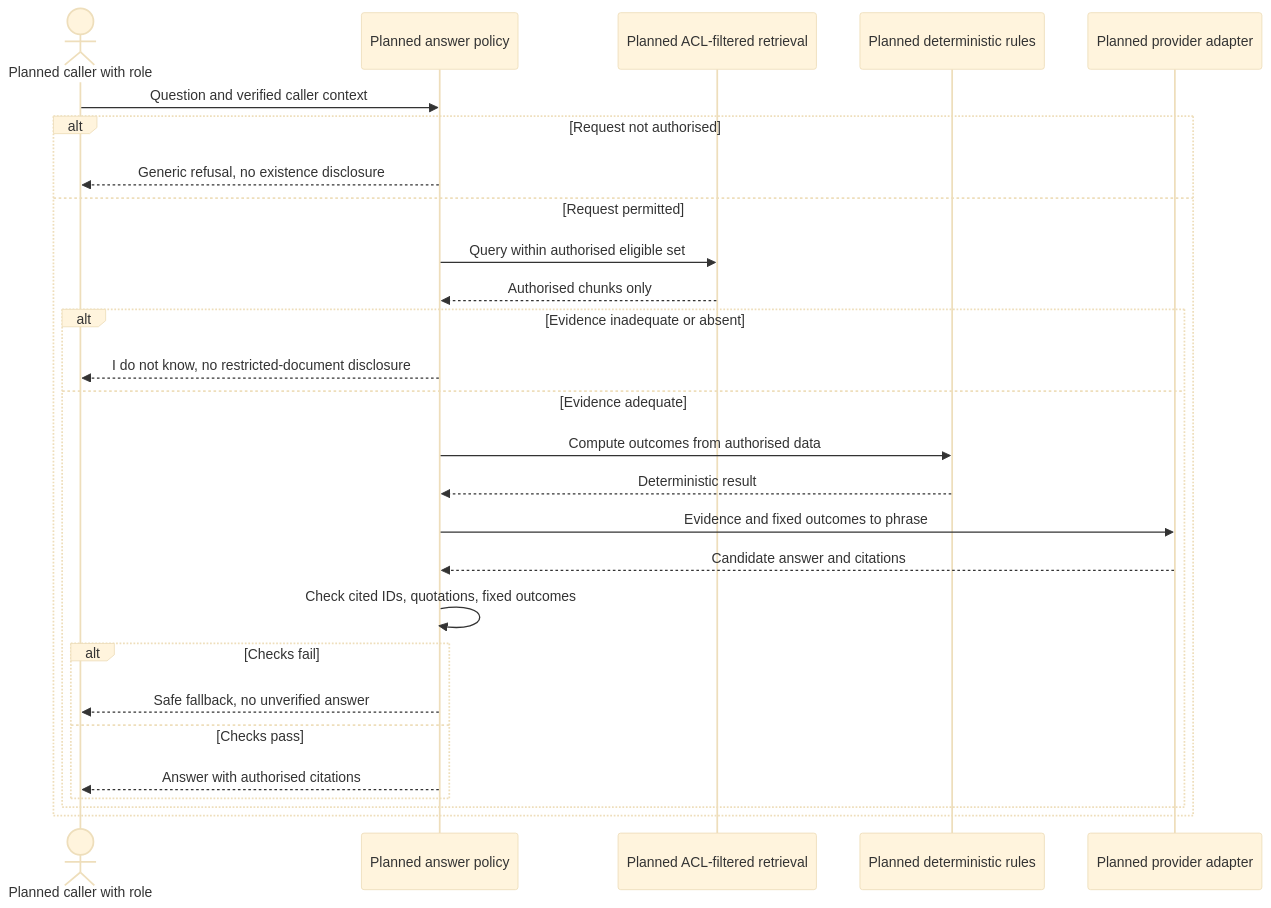
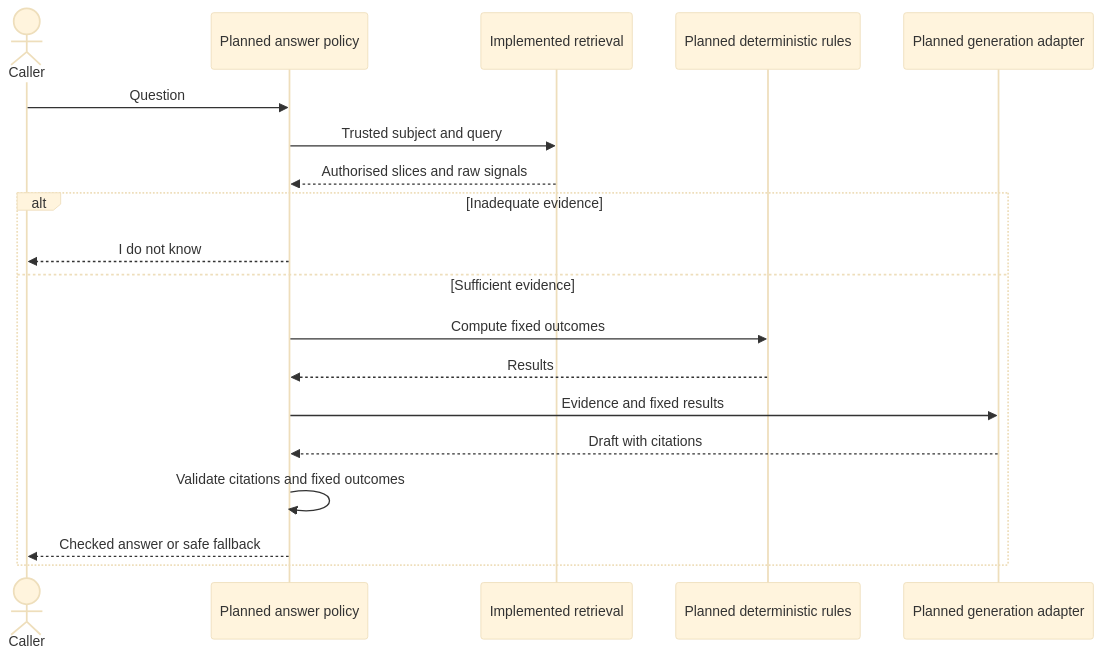
The fourth of 6 diagrams in docs/ARCHITECTURE.md (venkatakgonela/rag-audit-demo), drawn with Mermaid (base theme) before and after one commit. The commit also changed other lines of this file and 12 other files, not shown here.

````diff
--- a/docs/ARCHITECTURE.md
+++ b/docs/ARCHITECTURE.md
@@ -97,29 +65,21 @@
 ```mermaid
 sequenceDiagram
-    actor Caller as Planned caller with role
+    actor Caller
     participant Policy as Planned answer policy
-    participant Retrieval as Planned ACL-filtered retrieval
+    participant Retrieval as Implemented retrieval
     participant Rules as Planned deterministic rules
-    participant Model as Planned provider adapter
-    Caller->>Policy: Question and verified caller context
-    alt Request not authorised
-        Policy-->>Caller: Generic refusal, no existence disclosure
-    else Request permitted
-        Policy->>Retrieval: Query within authorised eligible set
-        Retrieval-->>Policy: Authorised chunks only
-        alt Evidence inadequate or absent
-            Policy-->>Caller: I do not know, no restricted-document disclosure
-        else Evidence adequate
-            Policy->>Rules: Compute outcomes from authorised data
-            Rules-->>Policy: Deterministic result
-            Policy->>Model: Evidence and fixed outcomes to phrase
-            Model-->>Policy: Candidate answer and citations
-            Policy->>Policy: Check cited IDs, quotations, fixed outcomes
-            alt Checks fail
-                Policy-->>Caller: Safe fallback, no unverified answer
-            else Checks pass
-                Policy-->>Caller: Answer with authorised citations
-            end
-        end
+    participant Model as Planned generation adapter
+    Caller->>Policy: Question
+    Policy->>Retrieval: Trusted subject and query
+    Retrieval-->>Policy: Authorised slices and raw signals
+    alt Inadequate evidence
+        Policy-->>Caller: I do not know
+    else Sufficient evidence
+        Policy->>Rules: Compute fixed outcomes
+        Rules-->>Policy: Results
+        Policy->>Model: Evidence and fixed results
+        Model-->>Policy: Draft with citations
+        Policy->>Policy: Validate citations and fixed outcomes
+        Policy-->>Caller: Checked answer or safe fallback
     end
 ```
````
